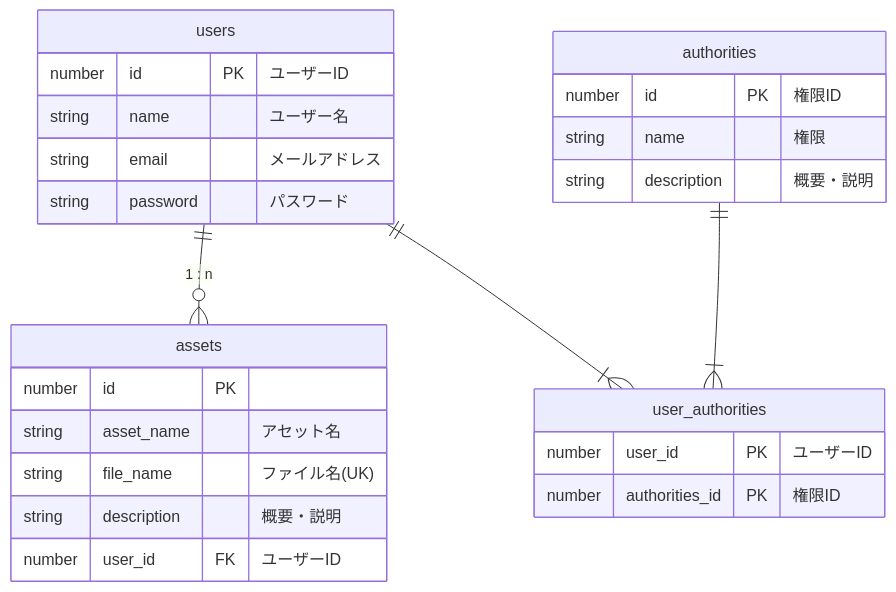
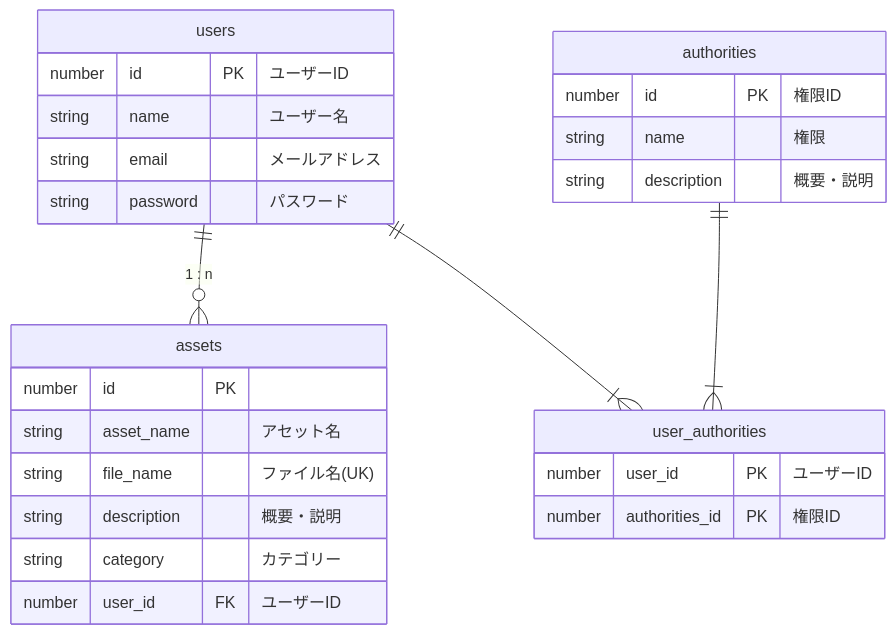
The diagram in ER-Diagram.md (illionillion/ra-assets-share-dev), drawn with Mermaid before and after one commit.

Commit message:
カテゴリーカラム追加

````diff
--- a/ER-Diagram.md
+++ b/ER-Diagram.md
@@ -3,34 +3,35 @@
 ```mermaid
 erDiagram
 
 users ||--o{ assets: "1 : n"
 users ||--|{ user_authorities: ""
 authorities ||--|{ user_authorities: ""
 
 assets {
     number id PK ""
     string asset_name "アセット名"
     string file_name  "ファイル名(UK)"
     string description "概要・説明"
+    string category "カテゴリー"
     number user_id FK "ユーザーID"
 }
 
 users {
     number id PK "ユーザーID"
     string name "ユーザー名"
     string email "メールアドレス"
     string password "パスワード"
 }
 
 authorities {
     number id PK "権限ID"
     string name "権限"
     string description "概要・説明"
 }
 
 user_authorities {
     number user_id PK "ユーザーID"
     number authorities_id PK "権限ID"
 }
 
 ```
````
